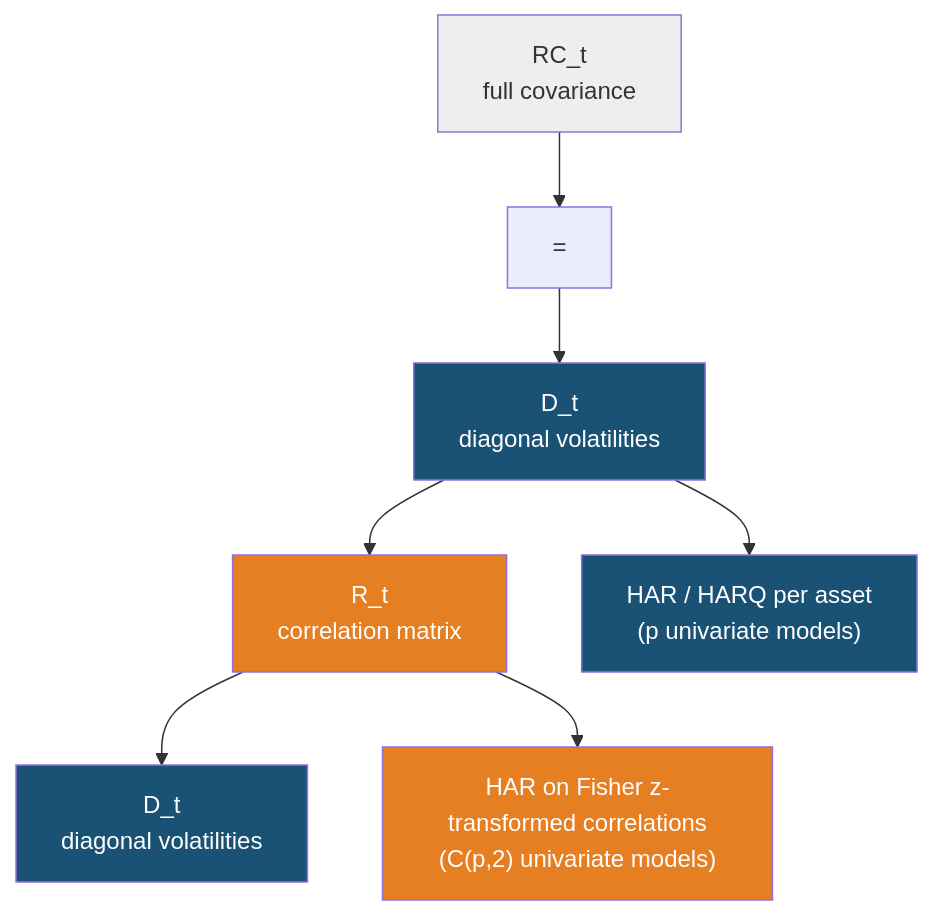
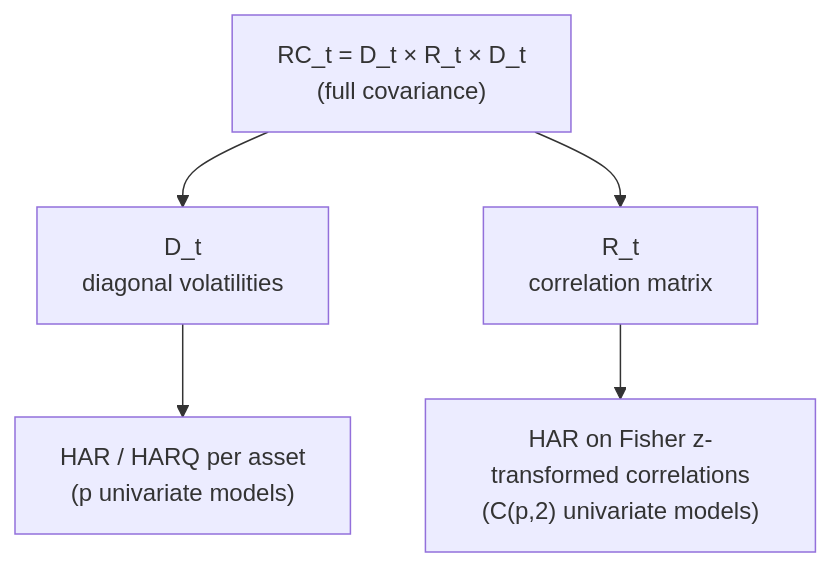
The second of 4 diagrams in vol-learning-guide/markdown/ch14-multivariate-volatility.md (xRyann2255/ML-GS), drawn with Mermaid before and after one commit. The commit also changed other lines of this file and 19 other files, not shown here.

````diff
--- a/vol-learning-guide/markdown/ch14-multivariate-volatility.md
+++ b/vol-learning-guide/markdown/ch14-multivariate-volatility.md
@@ -247,15 +189,8 @@
 ```mermaid
 flowchart TD
-    rc["RC_t<br/>full covariance"] --> eq["="]
-    eq --> d1["D_t<br/>diagonal volatilities"]
-    d1 --> r["R_t<br/>correlation matrix"]
-    r --> d2["D_t<br/>diagonal volatilities"]
+    rc["RC_t = D_t × R_t × D_t<br/>(full covariance)"]
+    rc --> d1["D_t<br/>diagonal volatilities"]
+    rc --> r["R_t<br/>correlation matrix"]
     d1 --> har["HAR / HARQ per asset<br/>(p univariate models)"]
     r --> harcorr["HAR on Fisher z-transformed correlations<br/>(C(p,2) univariate models)"]
-    style rc fill:#eeeeee
-    style d1 fill:#1a5276,color:#fff
-    style d2 fill:#1a5276,color:#fff
-    style r fill:#e67e22,color:#fff
-    style har fill:#1a5276,color:#fff
-    style harcorr fill:#e67e22,color:#fff
 ```
````
